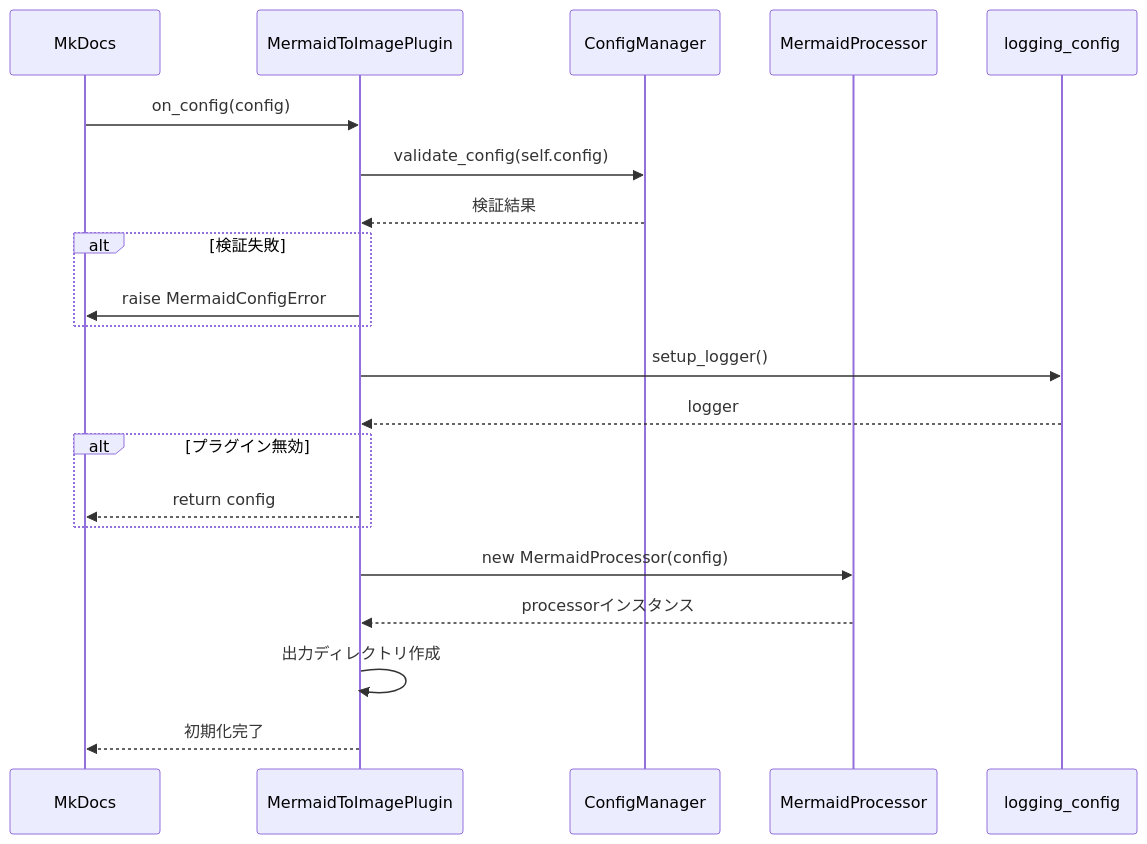
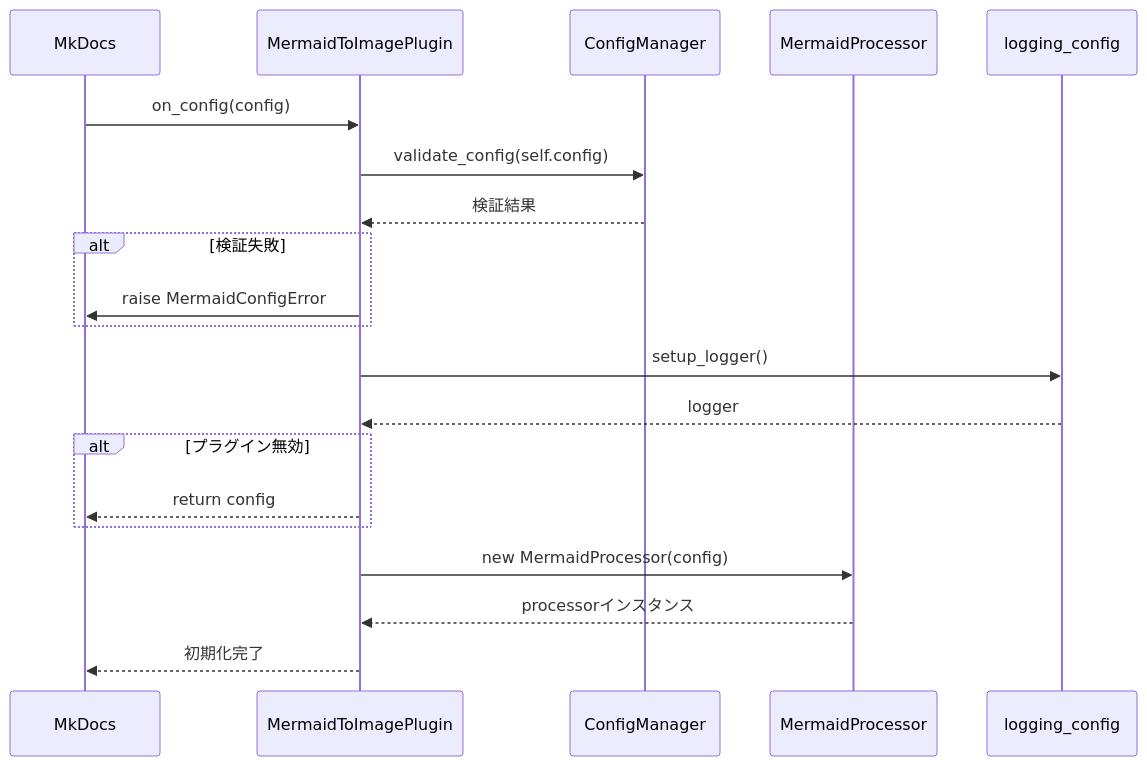
One commit to nuitsjp/mkdocs-mermaid-to-svg changed the third of 6 diagrams in docs/architecture.md. Above: the diagram before and after it, drawn with Mermaid. The commit also changed other lines of this file and 2 other files, not shown here.

First line of the commit message:
refactor: アーキテクチャ図と実装の一致性を改善

````diff
--- a/docs/architecture.md
+++ b/docs/architecture.md
@@ -155,28 +155,27 @@
 ```mermaid
 sequenceDiagram
     participant MkDocs
     participant Plugin as MermaidToImagePlugin
     participant CfgMgr as ConfigManager
     participant Proc as MermaidProcessor
     participant Logger as logging_config
 
     MkDocs->>Plugin: on_config(config)
     Plugin->>CfgMgr: validate_config(self.config)
     CfgMgr-->>Plugin: 検証結果
     alt 検証失敗
         Plugin->>MkDocs: raise MermaidConfigError
     end
 
     Plugin->>Logger: setup_logger()
     Logger-->>Plugin: logger
 
     alt プラグイン無効
         Plugin-->>MkDocs: return config
     end
 
     Plugin->>Proc: new MermaidProcessor(config)
     Proc-->>Plugin: processorインスタンス
 
-    Plugin->>Plugin: 出力ディレクトリ作成
     Plugin-->>MkDocs: 初期化完了
 ```
````
